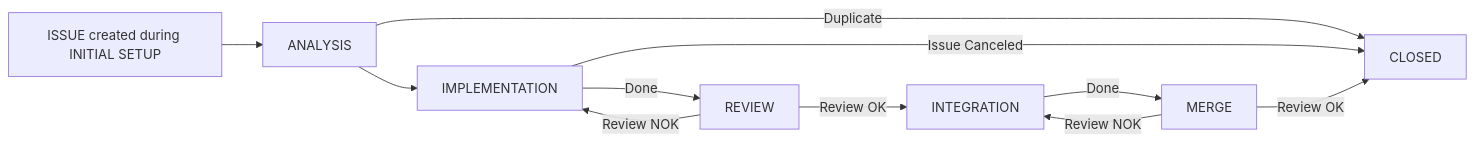
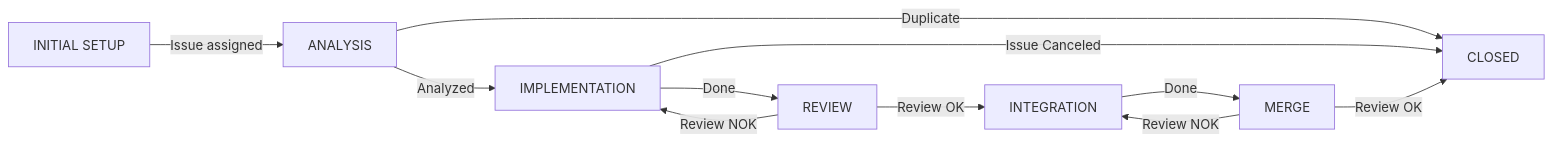
One commit to asam-ev/asam-project-guide-content changed the diagram in content/modules/compendium/pages/Guidelines/workflow__trunk.adoc. Above: the diagram before and after it, drawn with Mermaid. The commit also changed other lines of this file and 43 other files, not shown here.

```diff
--- a/content/modules/compendium/pages/Guidelines/workflow__trunk.adoc
+++ b/content/modules/compendium/pages/Guidelines/workflow__trunk.adoc
@@ -45,15 +50,15 @@
 [mermaid]
 ....
 graph LR
-id1[ISSUE created during INITIAL SETUP]
---> ANALYSIS
+id1[INITIAL SETUP]
+--Issue assigned--> ANALYSIS
 --Duplicate-->CLOSED
-ANALYSIS --> IMPLEMENTATION
+ANALYSIS --Analyzed--> IMPLEMENTATION
 --Done--> REVIEW
 IMPLEMENTATION --Issue Canceled--> CLOSED
 REVIEW --Review NOK--> IMPLEMENTATION
 REVIEW --Review OK--> INTEGRATION
 --Done--> MERGE
 MERGE --Review NOK--> INTEGRATION
 MERGE --Review OK--> CLOSED;
 ....
```
